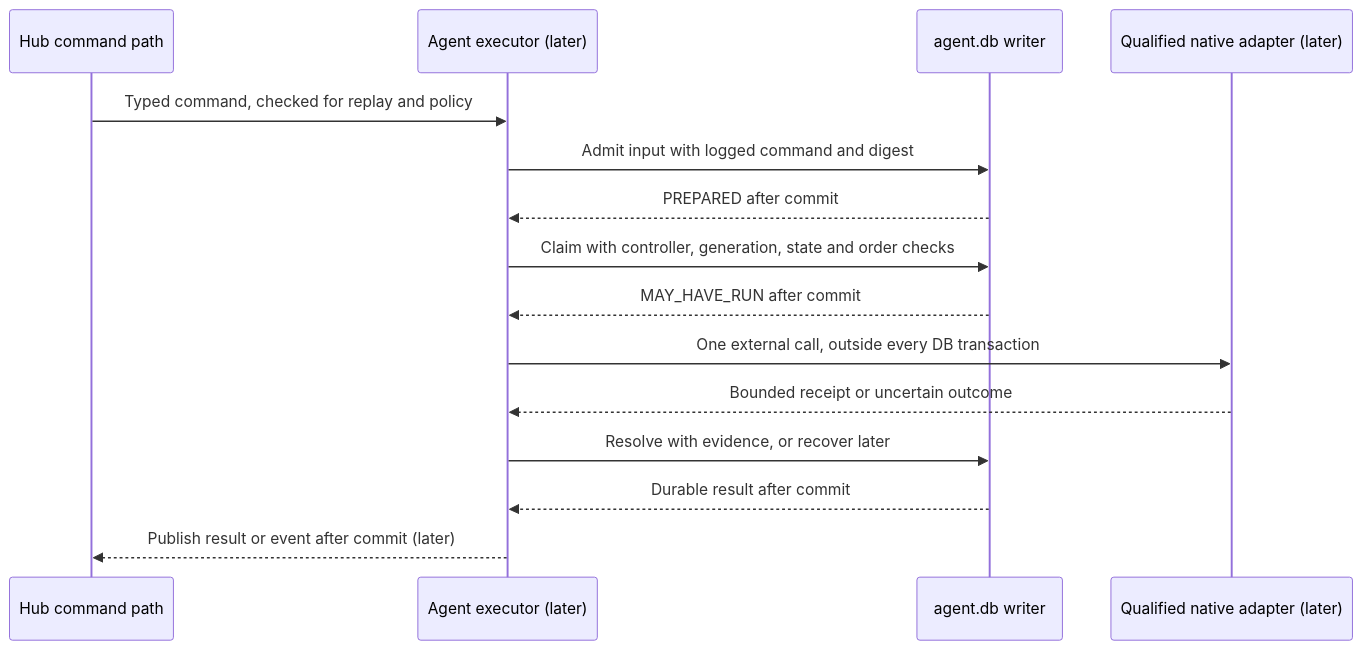
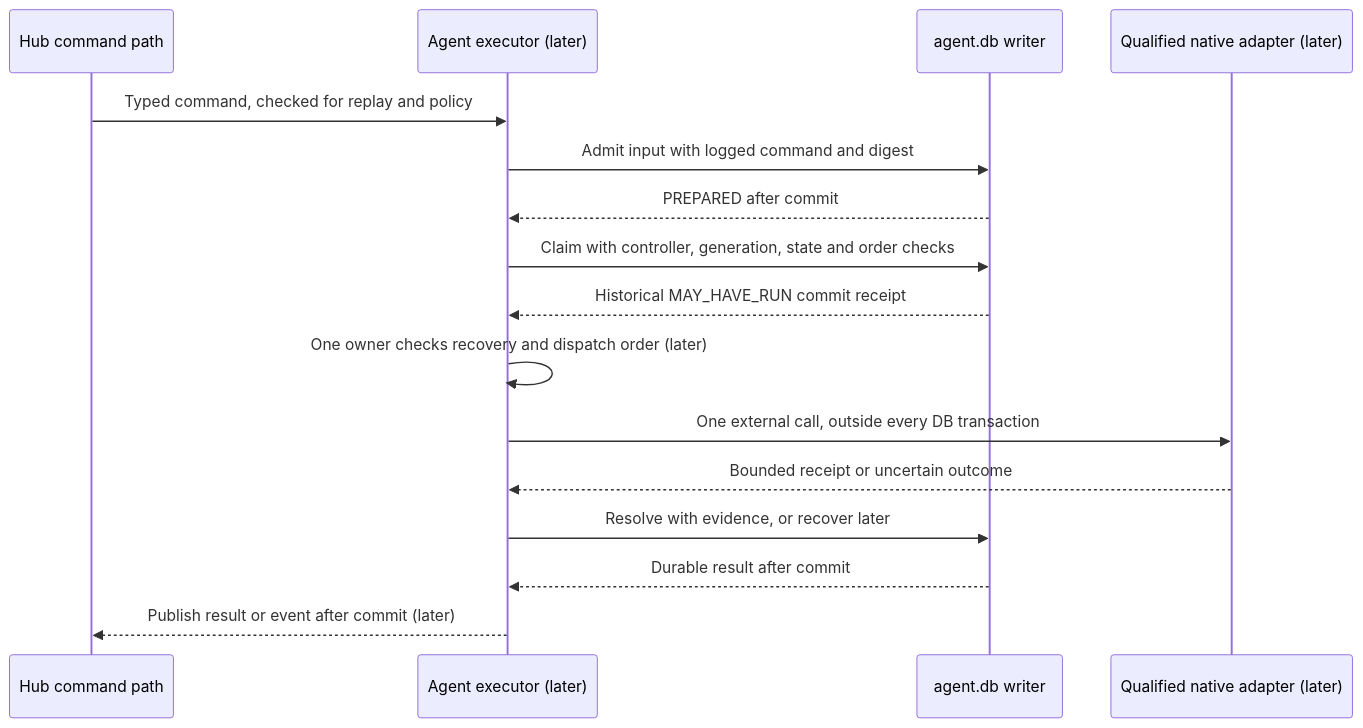
Before and after one commit to linuxdynasty/fleet-board: the diagram in docs/specs/02n-native-execution.md, drawn with Mermaid. The commit also changed other lines of this file and 11 other files, not shown here.

````diff
--- a/docs/specs/02n-native-execution.md
+++ b/docs/specs/02n-native-execution.md
@@ -76,17 +76,18 @@
 ```mermaid
 sequenceDiagram
   participant Hub as Hub command path
   participant Agent as Agent executor (later)
   participant DB as agent.db writer
   participant Adapter as Qualified native adapter (later)
   Hub->>Agent: Typed command, checked for replay and policy
   Agent->>DB: Admit input with logged command and digest
   DB-->>Agent: PREPARED after commit
   Agent->>DB: Claim with controller, generation, state and order checks
-  DB-->>Agent: MAY_HAVE_RUN after commit
+  DB-->>Agent: Historical MAY_HAVE_RUN commit receipt
+  Agent->>Agent: One owner checks recovery and dispatch order (later)
   Agent->>Adapter: One external call, outside every DB transaction
   Adapter-->>Agent: Bounded receipt or uncertain outcome
   Agent->>DB: Resolve with evidence, or recover later
   DB-->>Agent: Durable result after commit
   Agent-->>Hub: Publish result or event after commit (later)
 ```
````
